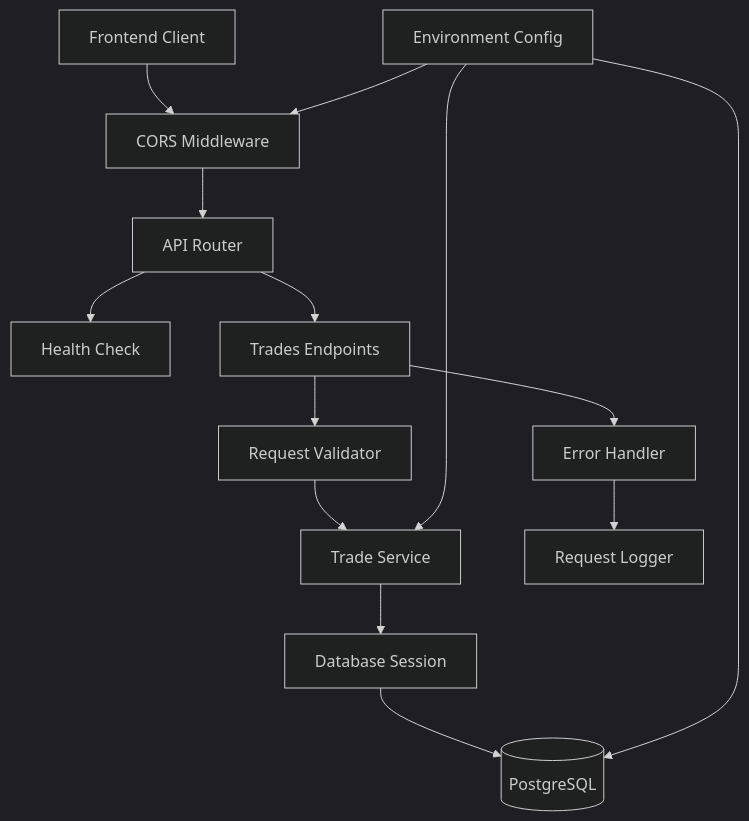
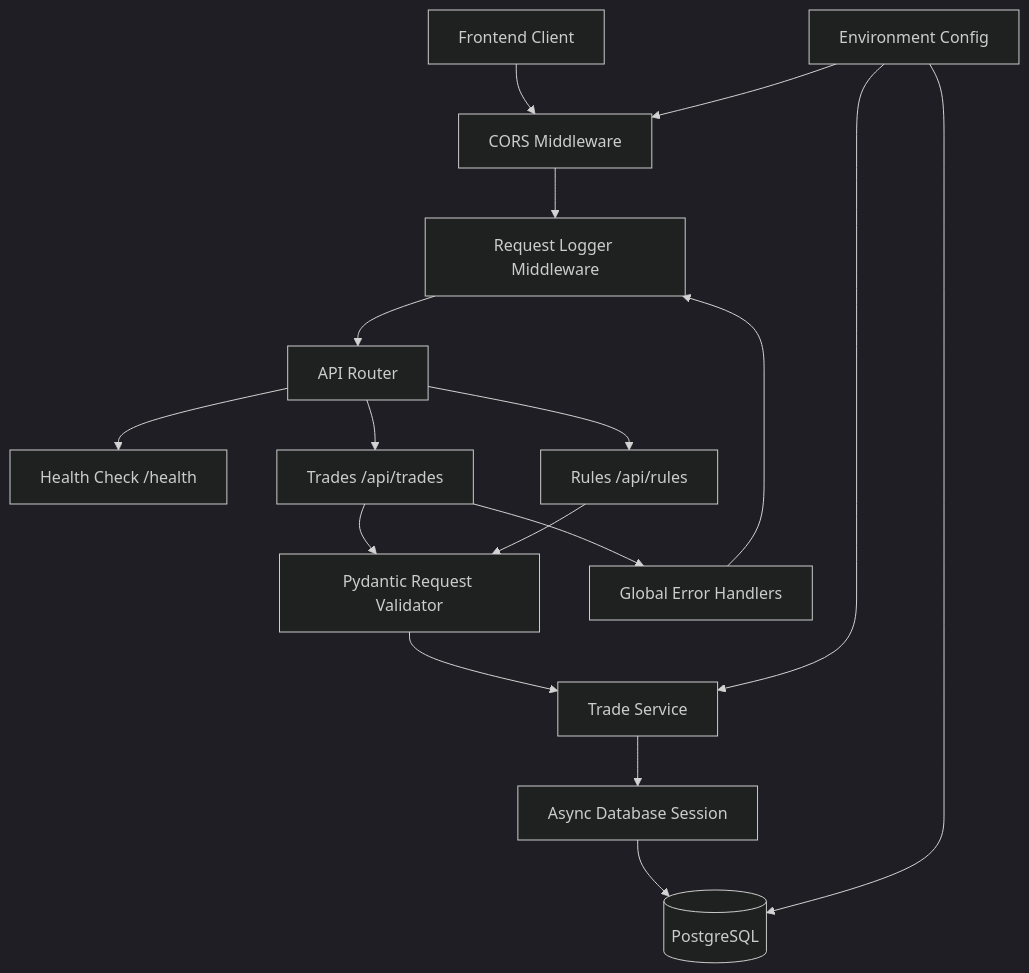
One commit to ganksolo/Review-System changed the first of 2 diagrams in .kiro/specs/backend-api/design.md. Above: the diagram before and after it, drawn with Mermaid (dark theme). The commit also changed other lines of this file and 10 other files, not shown here.

First line of the commit message:
docs: fix .kiro specs — align backend-api with database-schema, add missing specs

````diff
--- a/.kiro/specs/backend-api/design.md
+++ b/.kiro/specs/backend-api/design.md
@@ -29,19 +31,22 @@
 ```mermaid
 graph TB
     Client[Frontend Client] --> CORS[CORS Middleware]
-    CORS --> Router[API Router]
-    Router --> Health[Health Check]
-    Router --> Trades[Trades Endpoints]
-    
-    Trades --> Validator[Request Validator]
+    CORS --> Logger[Request Logger Middleware]
+    Logger --> Router[API Router]
+    Router --> Health[Health Check /health]
+    Router --> Trades[Trades /api/trades]
+    Router --> Rules[Rules /api/rules]
+
+    Trades --> Validator[Pydantic Request Validator]
+    Rules --> Validator
     Validator --> Service[Trade Service]
-    Service --> Session[Database Session]
+    Service --> Session[Async Database Session]
     Session --> DB[(PostgreSQL)]
-    
-    Trades --> ErrorHandler[Error Handler]
-    ErrorHandler --> Logger[Request Logger]
-    
+
+    Trades --> ErrorHandler[Global Error Handlers]
+    ErrorHandler --> Logger
+
     Config[Environment Config] --> Service
     Config --> CORS
     Config --> DB
 ```
````
